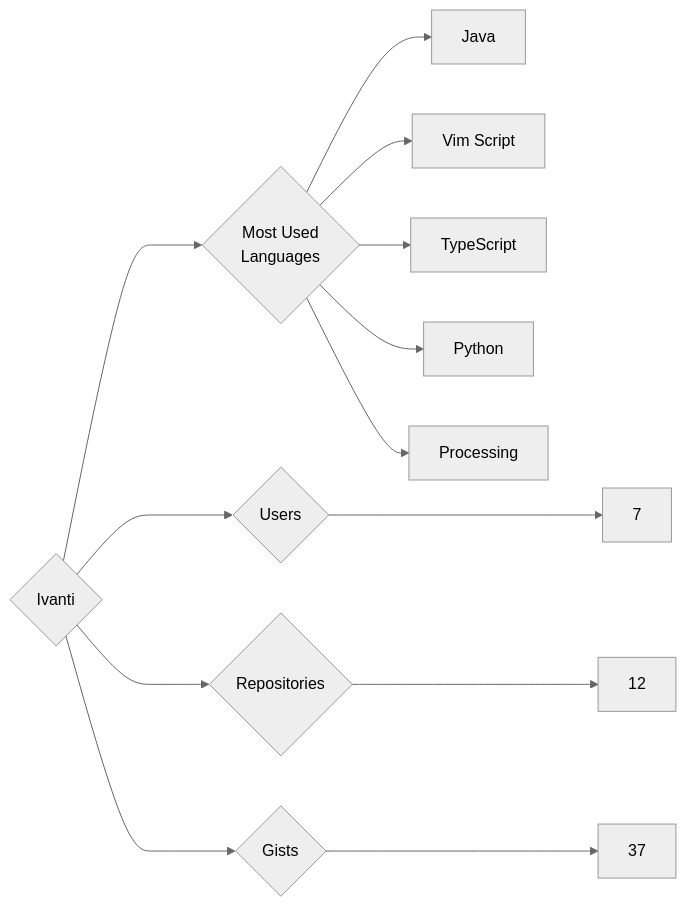
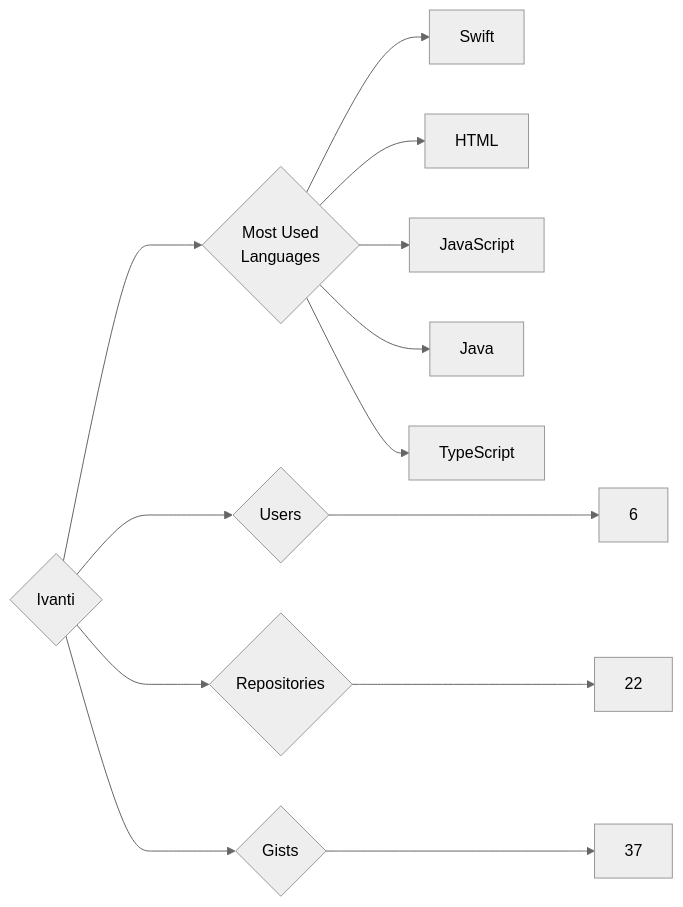
Before and after one commit to trickest/insiders: the diagram in targets/Ivanti/README.md, drawn with Mermaid (neutral theme). The commit also changed 860 other files, not shown here.

````diff
--- a/targets/Ivanti/README.md
+++ b/targets/Ivanti/README.md
@@ -3,13 +3,13 @@
 ```mermaid
 graph LR
 COMPANY_NAME{Ivanti}
-COMPANY_NAME ---> U{Users} ---> UN[7]
-COMPANY_NAME ---> R{Repositories} ---> RN[12]
+COMPANY_NAME ---> U{Users} ---> UN[6]
+COMPANY_NAME ---> R{Repositories} ---> RN[22]
 COMPANY_NAME ---> G{Gists} ---> GN[37]
 COMPANY_NAME ---> ML{Most Used<br>Languages}
+ML --> Swift[Swift]
+ML --> HTML[HTML]
+ML --> JavaScript[JavaScript]
 ML --> Java[Java]
-ML --> Vim_Script[Vim Script]
 ML --> TypeScript[TypeScript]
-ML --> Python[Python]
-ML --> Processing[Processing]
 ```
````
